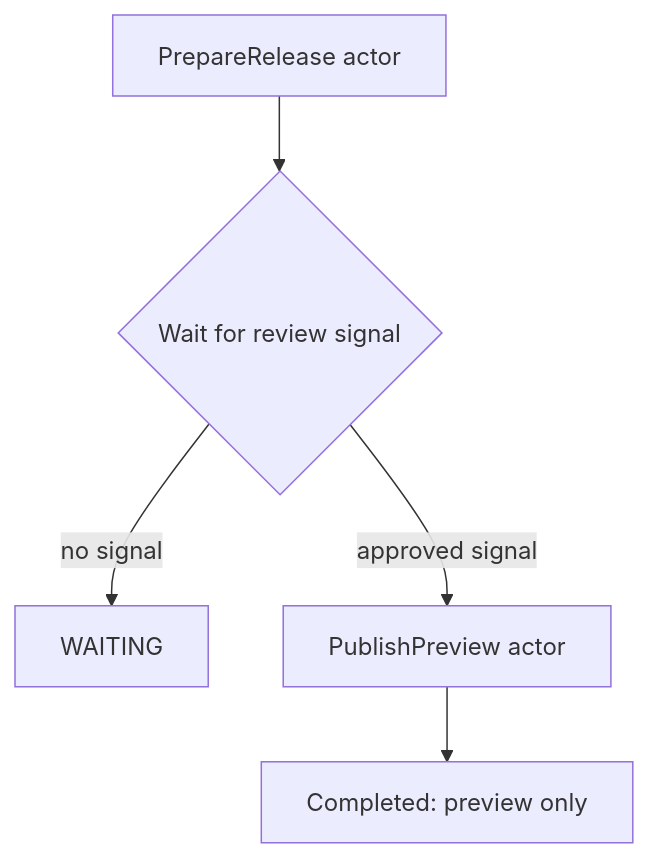
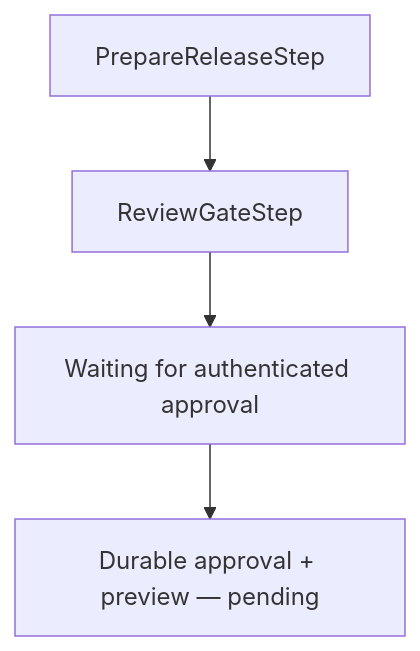
The third of 3 diagrams in docs/GRAPHS.md (atto-lang/atto-step-function-demo), drawn with Mermaid before and after one commit. The commit also changed other lines of this file and 26 other files, not shown here.

````diff
--- a/docs/GRAPHS.md
+++ b/docs/GRAPHS.md
@@ -35,7 +34,6 @@
 ```mermaid
 flowchart TD
-  A["PrepareRelease actor"] --> B{"Wait for review signal"}
-  B -->|no signal| C["WAITING"]
-  B -->|approved signal| D["PublishPreview actor"]
-  D --> E["Completed: preview only"]
+    A["PrepareReleaseStep"] --> B["ReviewGateStep"]
+    B --> C["Waiting for authenticated approval"]
+    C --> D["Durable approval + preview — pending"]
 ```
````
